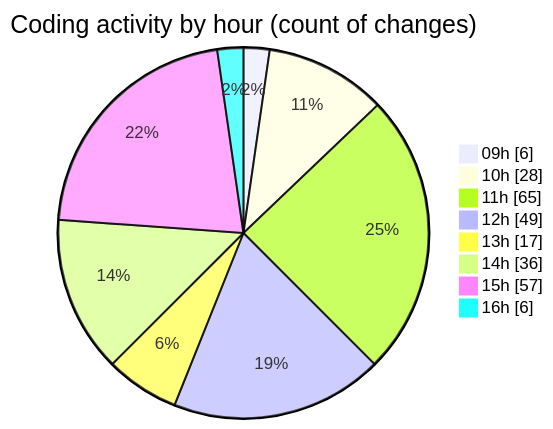
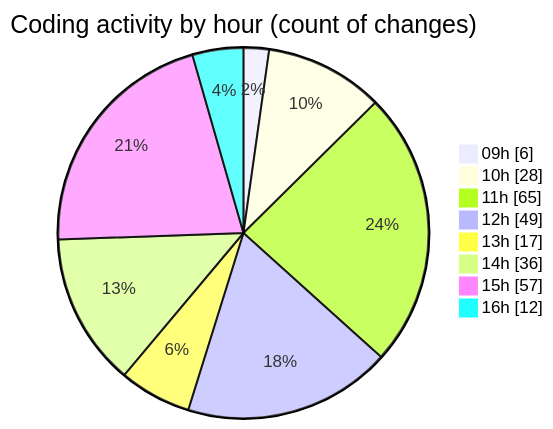
Before and after one commit to momahboobian/code-tracking: the second of 2 diagrams in 2025-03-27/cda/README.md, drawn with Mermaid. The commit also changed other lines of this file and 1 other file, not shown here.

````diff
--- a/2025-03-27/cda/README.md
+++ b/2025-03-27/cda/README.md
@@ -31,12 +31,12 @@
 ```mermaid
 pie showData
 title Coding activity by hour (count of changes)
 "09h" : 6
 "10h" : 28
 "11h" : 65
 "12h" : 49
 "13h" : 17
 "14h" : 36
 "15h" : 57
-"16h" : 6
+"16h" : 12
 ```
````
